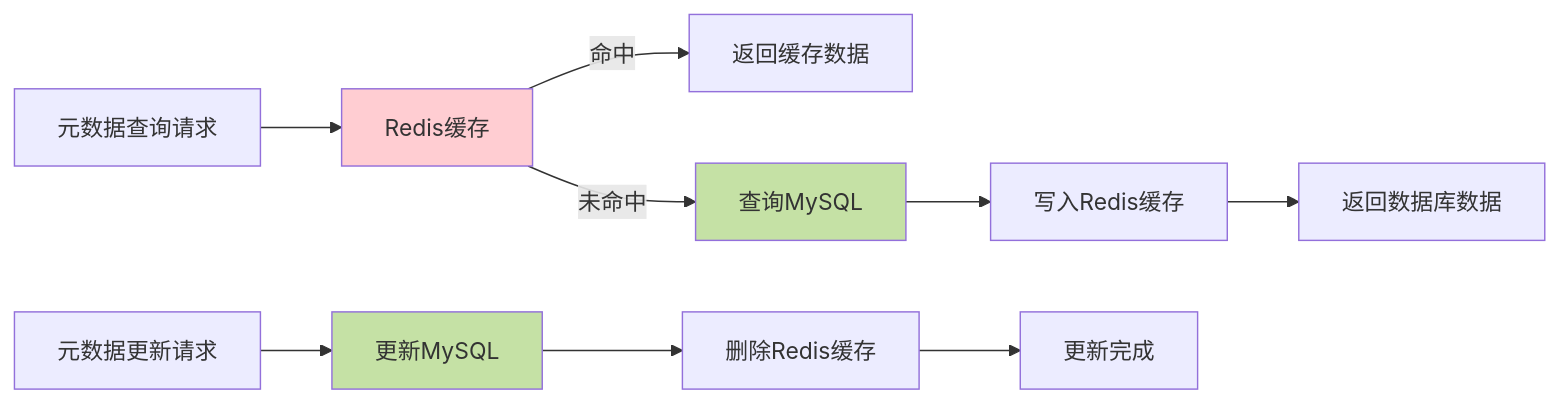
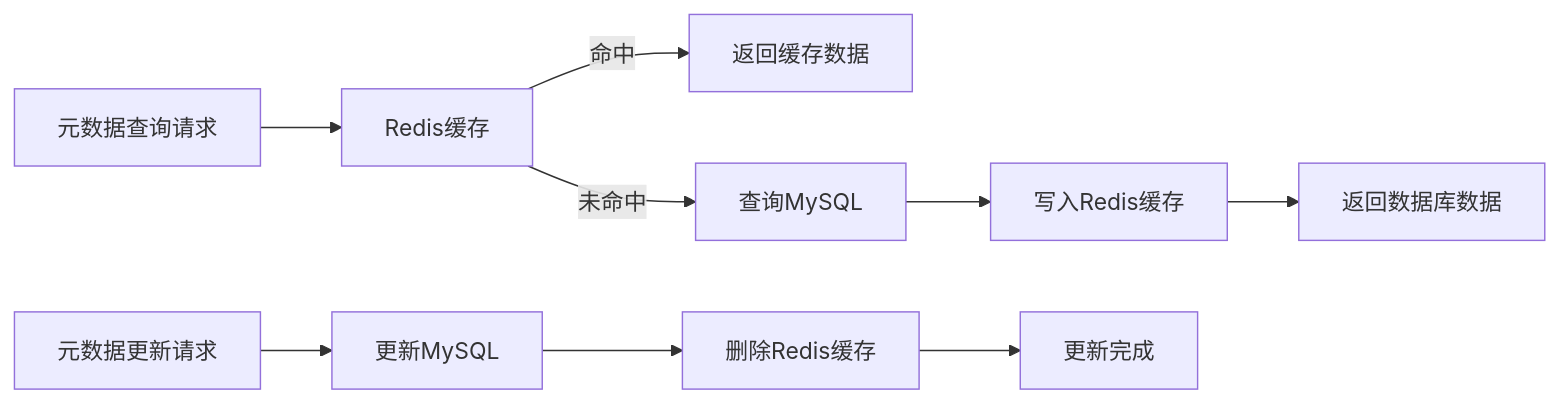
The second of 4 diagrams in README.md (lunamage/FeatureHub), drawn with Mermaid before and after one commit. The commit also changed other lines of this file, not shown here.

Commit message:
更新 README.md 文件，优化 mermaid 图表的描述方式，简化节点表示，增强文档的可读性和一致性。

````diff
--- a/README.md
+++ b/README.md
@@ -197,16 +192,12 @@
 ```mermaid
 graph LR
-    A["元数据查询请求"] --> B["Redis缓存"]
-    B -->|命中| C["返回缓存数据"]
-    B -->|未命中| D["查询MySQL"]
-    D --> E["写入Redis缓存"]
-    E --> F["返回数据库数据"]
+    A[元数据查询请求] --> B[Redis缓存]
+    B -->|命中| C[返回缓存数据]
+    B -->|未命中| D[查询MySQL]
+    D --> E[写入Redis缓存]
+    E --> F[返回数据库数据]
     
-    G["元数据更新请求"] --> H["更新MySQL"]
-    H --> I["删除Redis缓存"]
-    I --> J["更新完成"]
-    
-    style B fill:#ffcdd2
-    style D fill:#c5e1a5
-    style H fill:#c5e1a5
+    G[元数据更新请求] --> H[更新MySQL]
+    H --> I[删除Redis缓存]
+    I --> J[更新完成]
 ```
````
